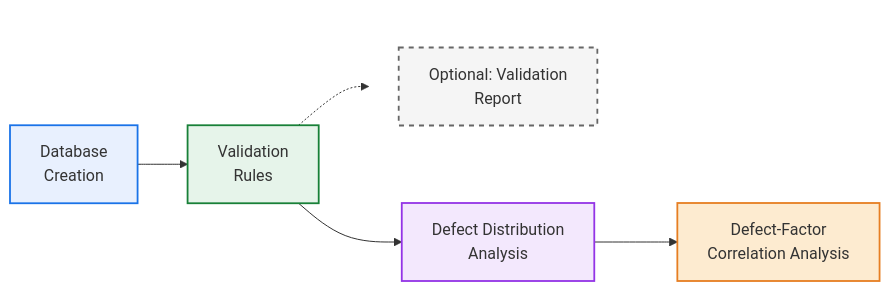
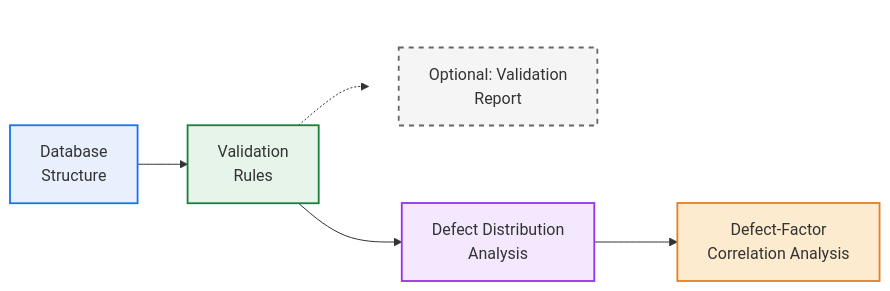
One commit to SewerDefectAnalysis/.github changed the diagram in profile/README.md. Above: the diagram before and after it, drawn with Mermaid.

````diff
--- a/profile/README.md
+++ b/profile/README.md
@@ -9,29 +9,29 @@
 ```mermaid
 %%{init: {'flowchart': {'nodeSpacing': 40, 'rankSpacing': 50}}}%%
 flowchart LR
 
-    A[Database<br/>Creation]:::data --> B[Validation<br/>Rules]:::validation
+    A[Database<br/>Structure]:::data --> B[Validation<br/>Rules]:::validation
     B --> D[Defect Distribution<br/>Analysis]:::analysis
     D --> E[Defect-Factor<br/>Correlation Analysis]:::analysisP2
 
 
     %% Optional branch BELOW
     subgraph optional_branch[ ]
         direction TB
         C[Optional: Validation<br/>Report]:::optional
     end
     style optional_branch fill:none,stroke:none
     B -.-> C
 
     %% Click links
     click A "https://github.com/SewerDefectAnalysis/Database_Structure"
 
     %% Styles
     classDef data fill:#E8F0FE,stroke:#1A73E8,stroke-width:1.8px
     classDef validation fill:#E6F4EA,stroke:#188038,stroke-width:1.8px
     classDef analysis fill:#F3E8FD,stroke:#9334E6,stroke-width:1.8px
     classDef analysisP2 fill:#FDEBD0,stroke:#E67E22,stroke-width:1.8px
     classDef prediction fill:#FEF7E0,stroke:#F9AB00,stroke-width:1.8px
     classDef optional fill:#F5F5F5,stroke:#666666,stroke-width:1.8px,stroke-dasharray: 5 5
 
 ```
````
